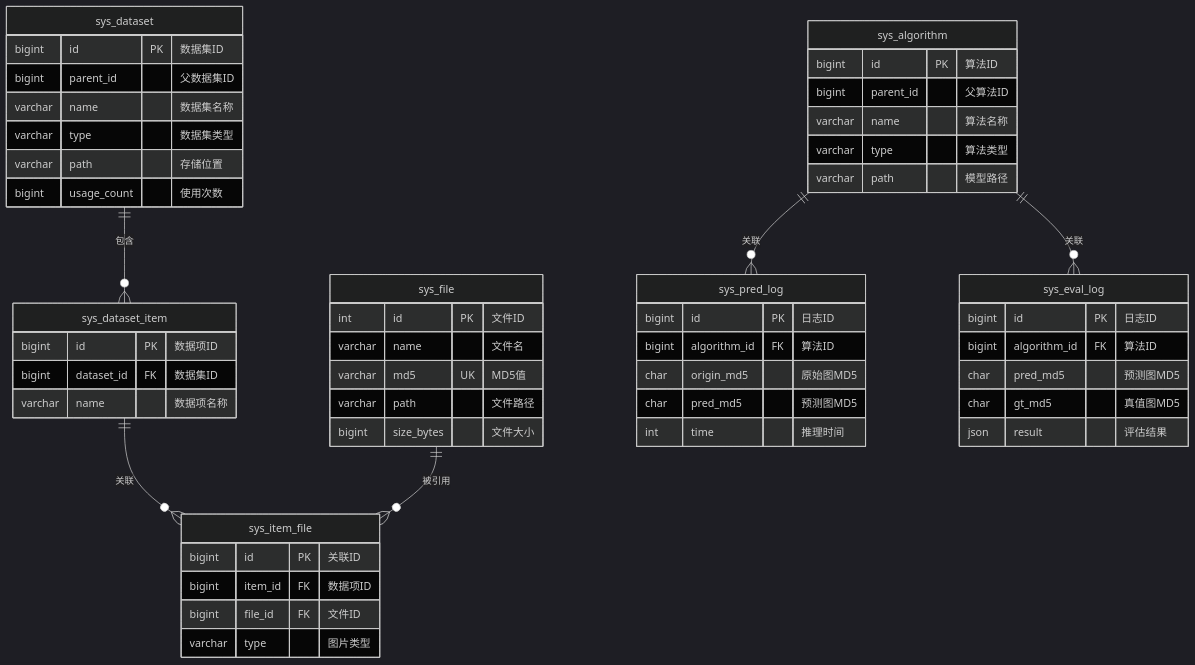
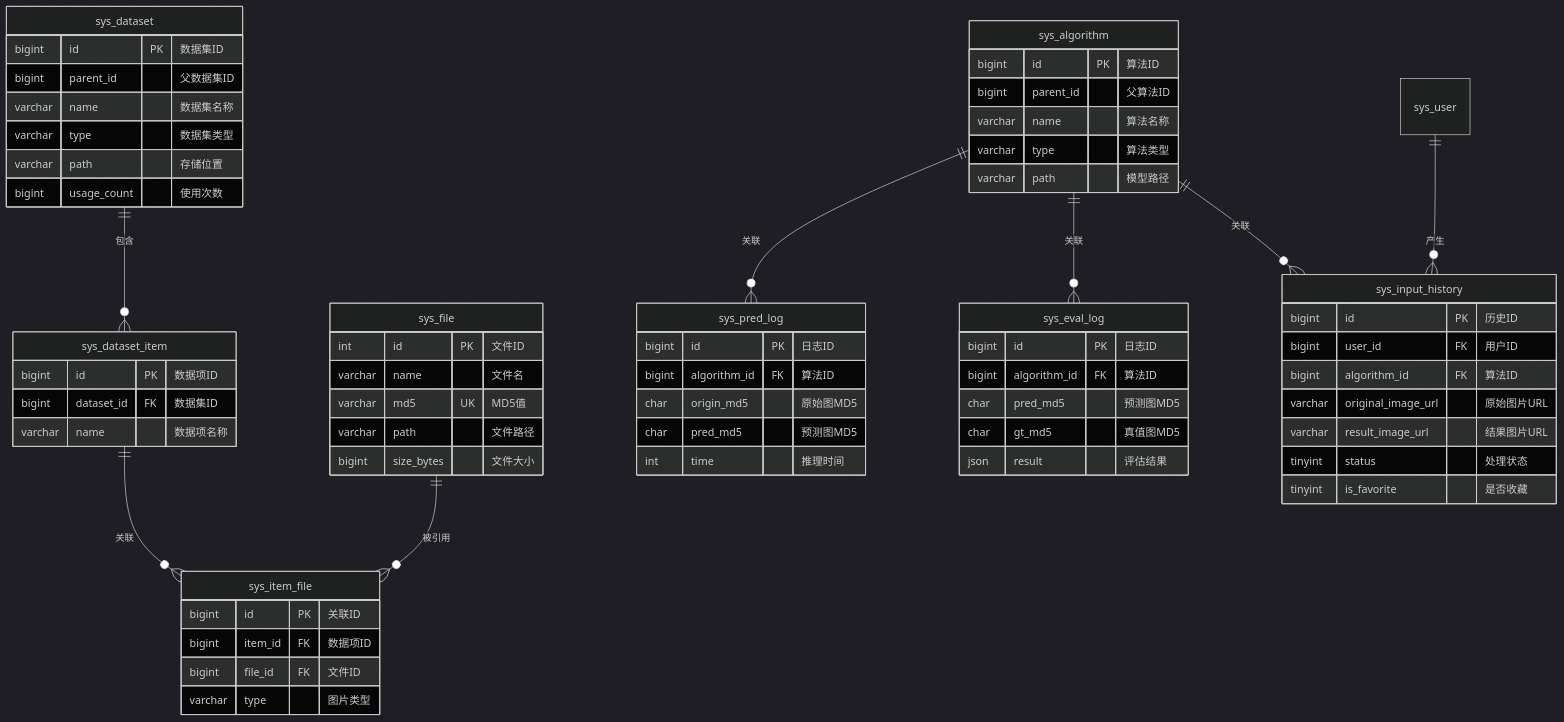
One commit to earthy-zinc/dehaze-system changed the third of 3 diagrams in dehaze-doc/docs/02-系统架构/03-数据库设计.md. Above: the diagram before and after it, drawn with Mermaid (dark theme). The commit also changed other lines of this file and 38 other files, not shown here.

````diff
--- a/dehaze-doc/docs/02-系统架构/03-数据库设计.md
+++ b/dehaze-doc/docs/02-系统架构/03-数据库设计.md
@@ -125,62 +136,74 @@
 ```mermaid
 erDiagram
     sys_dataset ||--o{ sys_dataset_item : "包含"
     sys_dataset_item ||--o{ sys_item_file : "关联"
     sys_file ||--o{ sys_item_file : "被引用"
     sys_algorithm ||--o{ sys_pred_log : "关联"
     sys_algorithm ||--o{ sys_eval_log : "关联"
+    sys_algorithm ||--o{ sys_input_history : "关联"
+    sys_user ||--o{ sys_input_history : "产生"
 
     sys_dataset {
         bigint id PK "数据集ID"
         bigint parent_id "父数据集ID"
         varchar name "数据集名称"
         varchar type "数据集类型"
         varchar path "存储位置"
         bigint usage_count "使用次数"
     }
 
     sys_dataset_item {
         bigint id PK "数据项ID"
         bigint dataset_id FK "数据集ID"
         varchar name "数据项名称"
     }
 
     sys_item_file {
         bigint id PK "关联ID"
         bigint item_id FK "数据项ID"
         bigint file_id FK "文件ID"
         varchar type "图片类型"
     }
 
     sys_file {
         int id PK "文件ID"
         varchar name "文件名"
         varchar md5 UK "MD5值"
         varchar path "文件路径"
         bigint size_bytes "文件大小"
     }
 
     sys_algorithm {
         bigint id PK "算法ID"
         bigint parent_id "父算法ID"
         varchar name "算法名称"
         varchar type "算法类型"
         varchar path "模型路径"
     }
 
     sys_pred_log {
         bigint id PK "日志ID"
         bigint algorithm_id FK "算法ID"
         char origin_md5 "原始图MD5"
         char pred_md5 "预测图MD5"
         int time "推理时间"
     }
 
     sys_eval_log {
         bigint id PK "日志ID"
         bigint algorithm_id FK "算法ID"
         char pred_md5 "预测图MD5"
         char gt_md5 "真值图MD5"
         json result "评估结果"
     }
+
+    sys_input_history {
+        bigint id PK "历史ID"
+        bigint user_id FK "用户ID"
+        bigint algorithm_id FK "算法ID"
+        varchar original_image_url "原始图片URL"
+        varchar result_image_url "结果图片URL"
+        tinyint status "处理状态"
+        tinyint is_favorite "是否收藏"
+    }
 ```
````
